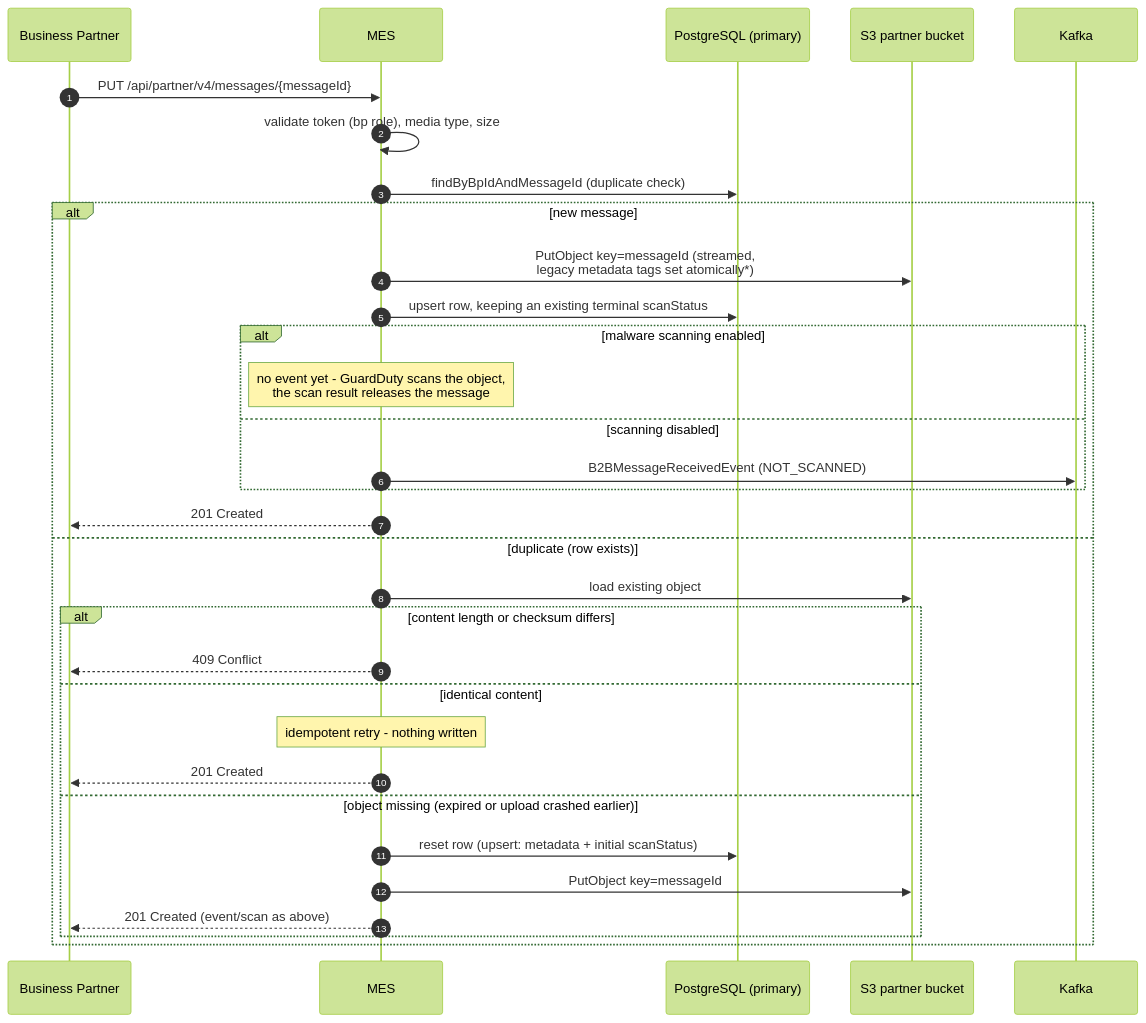
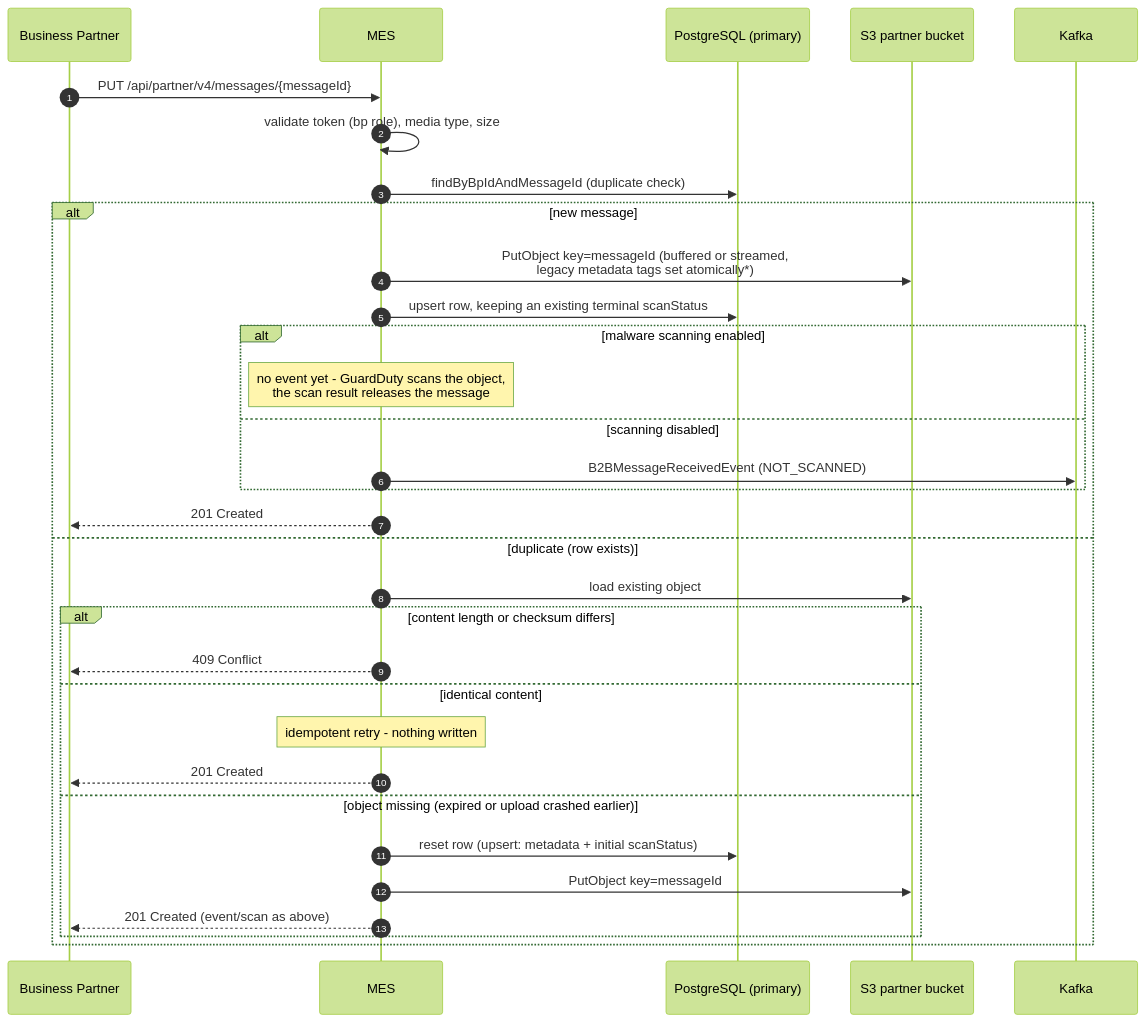
Before and after one commit to jeap-admin-ch/jeap-message-exchange-service: the first of 5 diagrams in docs/message-flows.md, drawn with Mermaid (forest theme). The commit also changed other lines of this file, not shown here.

Commit message:
JEAP-7230: Align message flow documentation with the buffered/streamed S3 upload behavior

````diff
--- a/docs/message-flows.md
+++ b/docs/message-flows.md
@@ -24,35 +24,35 @@
 ```mermaid
 sequenceDiagram
     autonumber
     participant BP as Business Partner
     participant MES
     participant DB as PostgreSQL (primary)
     participant S3 as S3 partner bucket
     participant K as Kafka
 
     BP->>MES: PUT /api/partner/v4/messages/{messageId}
     MES->>MES: validate token (bp role), media type, size
     MES->>DB: findByBpIdAndMessageId (duplicate check)
     alt new message
-        MES->>S3: PutObject key=messageId (streamed,<br/>legacy metadata tags set atomically*)
+        MES->>S3: PutObject key=messageId (buffered or streamed,<br/>legacy metadata tags set atomically*)
         MES->>DB: upsert row, keeping an existing terminal scanStatus
         alt malware scanning enabled
             Note over MES: no event yet - GuardDuty scans the object,<br/>the scan result releases the message
         else scanning disabled
             MES->>K: B2BMessageReceivedEvent (NOT_SCANNED)
         end
         MES-->>BP: 201 Created
     else duplicate (row exists)
         MES->>S3: load existing object
         alt content length or checksum differs
             MES-->>BP: 409 Conflict
         else identical content
             Note over MES: idempotent retry - nothing written
             MES-->>BP: 201 Created
         else object missing (expired or upload crashed earlier)
             MES->>DB: reset row (upsert: metadata + initial scanStatus)
             MES->>S3: PutObject key=messageId
             MES-->>BP: 201 Created (event/scan as above)
         end
     end
 ```
````
